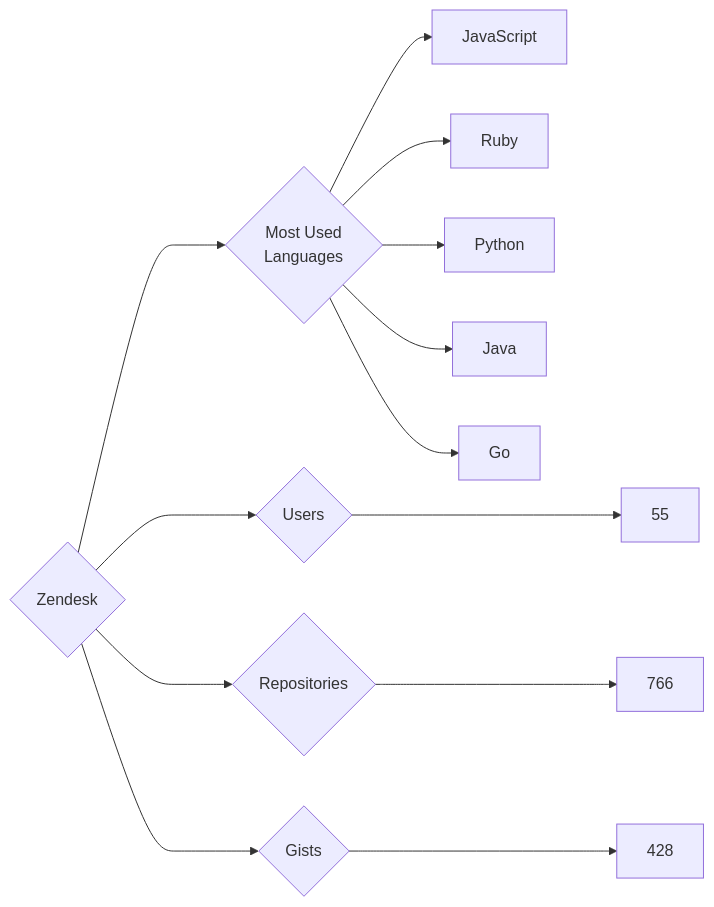
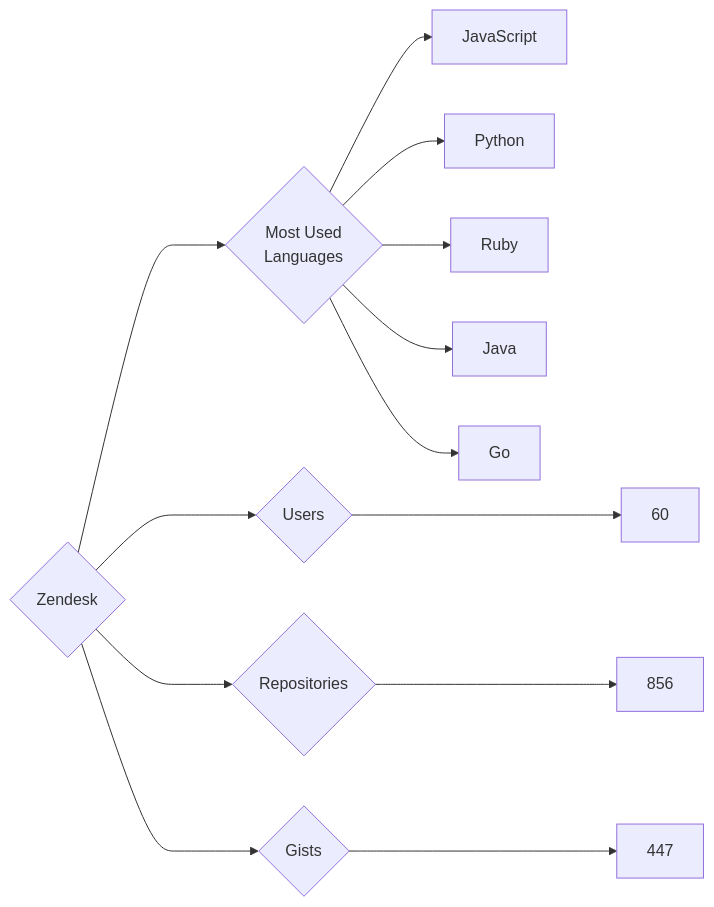
Before and after one commit to trickest/insiders: the diagram in targets/Zendesk/README.md, drawn with Mermaid. The commit also changed 773 other files, not shown here.

````diff
--- a/targets/Zendesk/README.md
+++ b/targets/Zendesk/README.md
@@ -3,13 +3,13 @@
 ```mermaid
 graph LR
 COMPANY_NAME{Zendesk}
-COMPANY_NAME ---> U{Users} ---> UN[55]
-COMPANY_NAME ---> R{Repositories} ---> RN[766]
-COMPANY_NAME ---> G{Gists} ---> GN[428]
+COMPANY_NAME ---> U{Users} ---> UN[60]
+COMPANY_NAME ---> R{Repositories} ---> RN[856]
+COMPANY_NAME ---> G{Gists} ---> GN[447]
 COMPANY_NAME ---> ML{Most Used<br>Languages}
 ML --> JavaScript[JavaScript]
+ML --> Python[Python]
 ML --> Ruby[Ruby]
-ML --> Python[Python]
 ML --> Java[Java]
 ML --> Go[Go]
 ```
````
